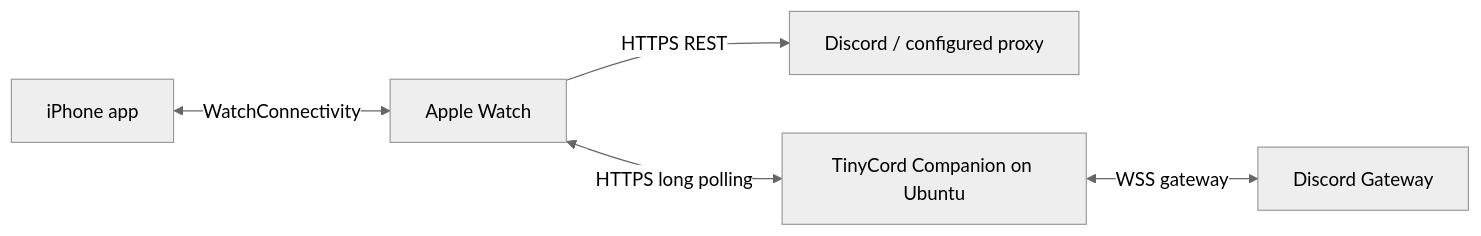
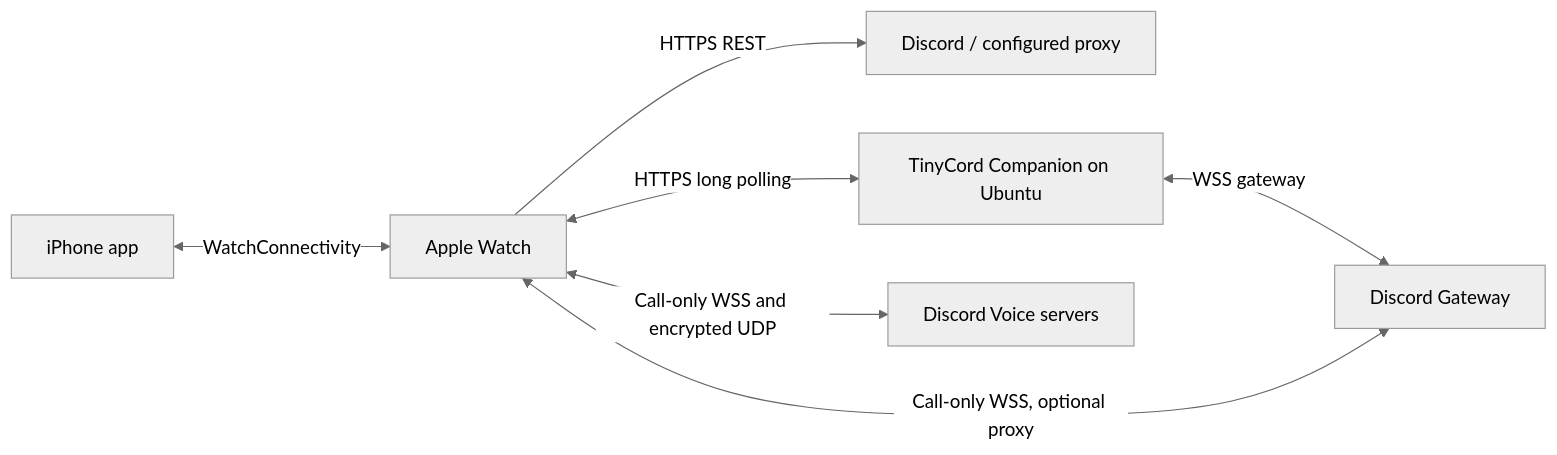
One commit to maoawa/tinycord changed the diagram in README.md. Above: the diagram before and after it, drawn with Mermaid (neutral theme). The commit also changed other lines of this file and 63 other files, not shown here.

Commit message:
Add Watch voice calls, custom gateways, voice playback, call history, and read acknowledgements

````diff
--- a/README.md
+++ b/README.md
@@ -98,7 +106,9 @@
 ```mermaid
 flowchart LR
     Phone[iPhone app] <-->|WatchConnectivity| Watch[Apple Watch]
     Watch -->|HTTPS REST| Discord[Discord / configured proxy]
     Watch <-->|HTTPS long polling| Companion[TinyCord Companion on Ubuntu]
     Companion <-->|WSS gateway| Gateway[Discord Gateway]
+    Watch <-->|Call-only WSS, optional proxy| Gateway
+    Watch <-->|Call-only WSS and encrypted UDP| Voice[Discord Voice servers]
 ```
````
